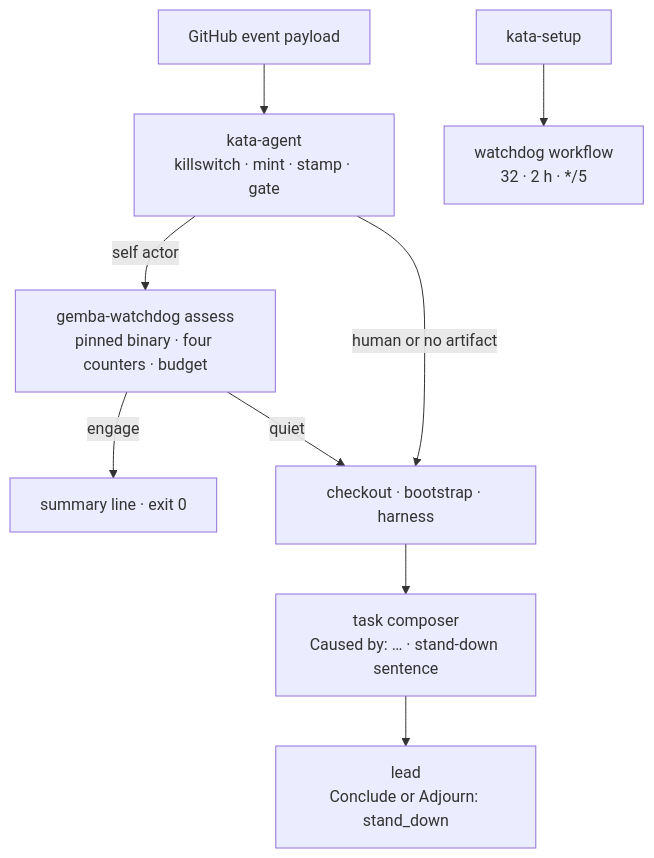
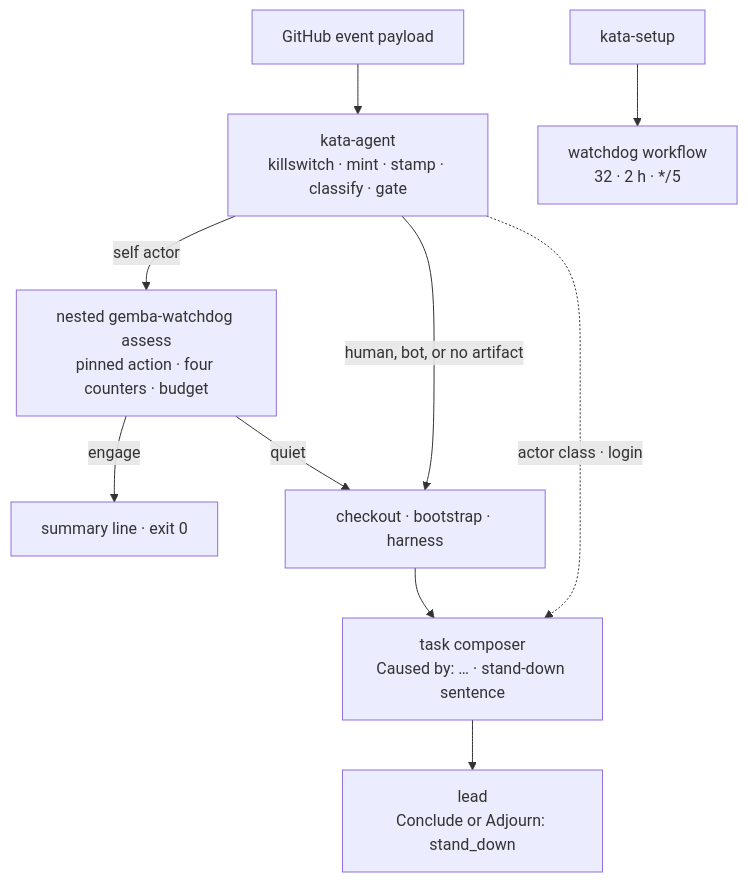
Before and after one commit to forwardimpact/monorepo: the first of 2 diagrams in specs/2350-dispatch-chain-triage/design-a.md, drawn with Mermaid. The commit also changed other lines of this file, not shown here.

First line of the commit message:
design(2350): self-only gate with one home for the actor rule (#2145)

````diff
--- a/specs/2350-dispatch-chain-triage/design-a.md
+++ b/specs/2350-dispatch-chain-triage/design-a.md
@@ -12,11 +12,12 @@
 ```mermaid
 graph TD
-    EV["GitHub event payload"] --> KA["kata-agent<br/>killswitch · mint · stamp · gate"]
-    KA -->|"self actor"| WD["gemba-watchdog assess<br/>pinned binary · four counters · budget"]
+    EV["GitHub event payload"] --> KA["kata-agent<br/>killswitch · mint · stamp · classify · gate"]
+    KA -->|"self actor"| WD["nested gemba-watchdog assess<br/>pinned action · four counters · budget"]
     WD -->|"engage"| END["summary line · exit 0"]
     WD -->|"quiet"| RUN["checkout · bootstrap · harness"]
-    KA -->|"human or no artifact"| RUN
+    KA -->|"human, bot, or no artifact"| RUN
+    KA -.->|"actor class · login"| TC
     RUN --> TC["task composer<br/>Caused by: … · stand-down sentence"]
     TC --> LEAD["lead<br/>Conclude or Adjourn: stand_down"]
     SETUP["kata-setup"] --> WW["watchdog workflow<br/>32 · 2 h · */5"]
 ```
````
